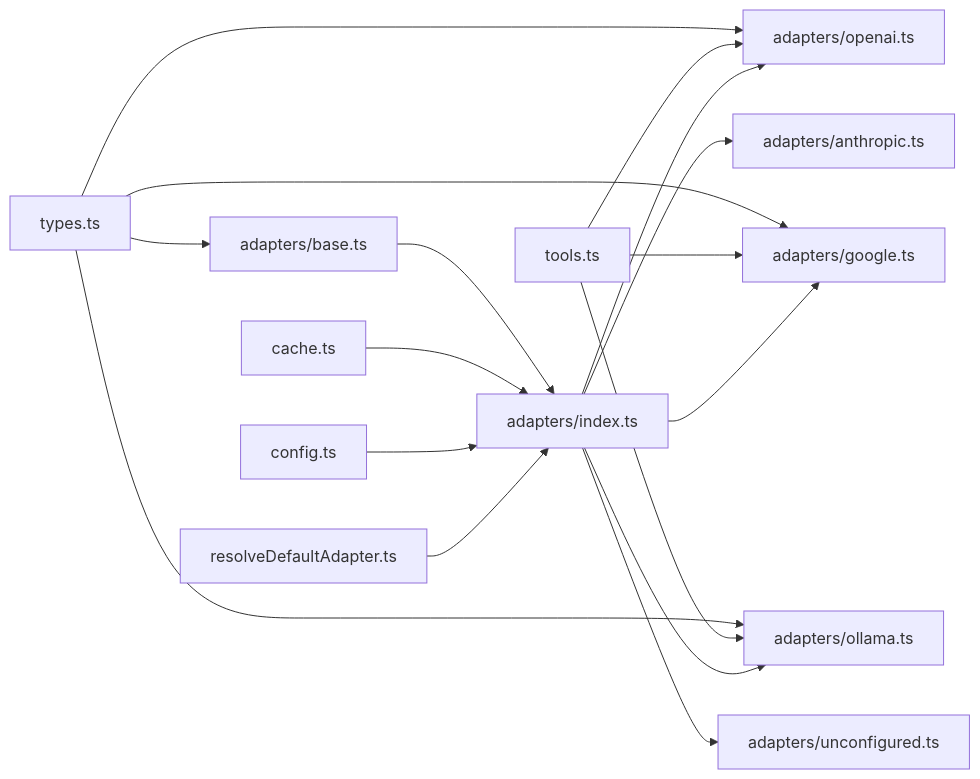
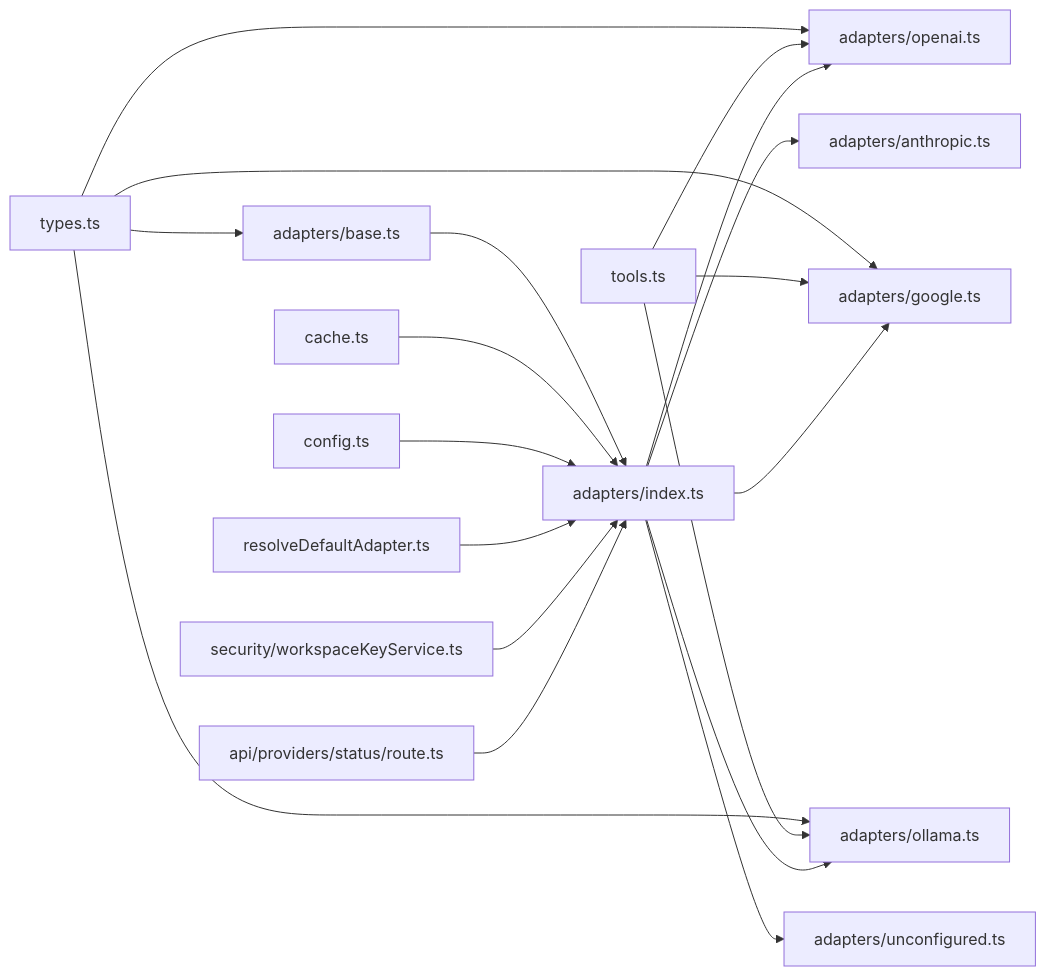
Before and after one commit to shekhargiri005-dotcom/AI-powered-accessibility-first-UI-engine: the tenth of 10 diagrams in .qoder/repowiki/en/content/Architecture & Design/Layered Architecture/Business Logic Layer/AI Provider Adapter System.md, drawn with Mermaid. The commit also changed other lines of this file and 8 other files, not shown here.

````diff
--- a/.qoder/repowiki/en/content/Architecture & Design/Layered Architecture/Business Logic Layer/AI Provider Adapter System.md
+++ b/.qoder/repowiki/en/content/Architecture & Design/Layered Architecture/Business Logic Layer/AI Provider Adapter System.md
@@ -395,19 +473,21 @@
 ```mermaid
 graph LR
 TYPES["types.ts"] --> BASE["adapters/base.ts"]
 TYPES --> OA["adapters/openai.ts"]
 TYPES --> GA["adapters/google.ts"]
 TYPES --> OLA["adapters/ollama.ts"]
 TOOLS["tools.ts"] --> OA
 TOOLS --> GA
 TOOLS --> OLA
 BASE --> IDX["adapters/index.ts"]
 CACHE["cache.ts"] --> IDX
 IDX --> OA
 IDX --> AA["adapters/anthropic.ts"]
 IDX --> GA
 IDX --> OLA
 IDX --> UCA["adapters/unconfigured.ts"]
 CFG["config.ts"] --> IDX
 RDA["resolveDefaultAdapter.ts"] --> IDX
+WK["security/workspaceKeyService.ts"] --> IDX
+PS["api/providers/status/route.ts"] --> IDX
 ```
````
